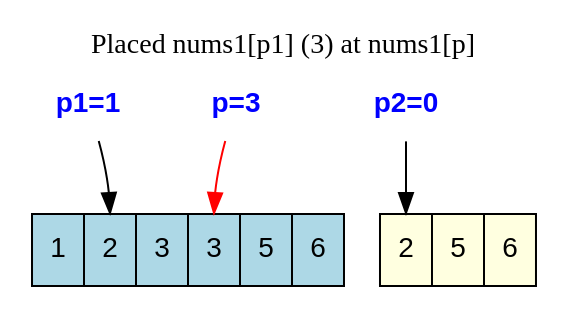
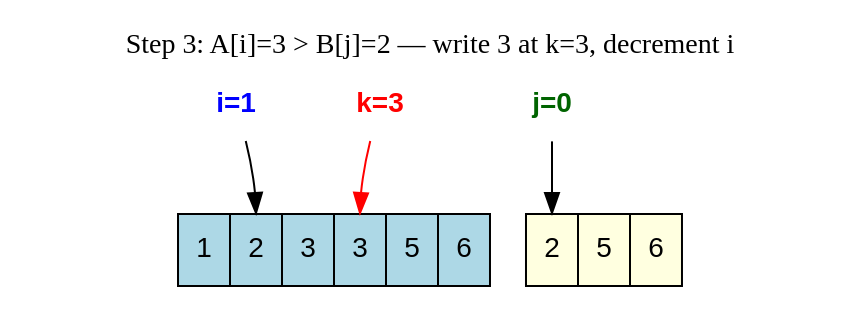
The diagram in 088-merge-sorted-array/dot/step3.dot (jensonp/leetcode), drawn with Graphviz before and after one commit. The commit also changed 23 other files, not shown here.

Commit message:
Full workflow-compliant 088 README: glossary, 3-claim proof, 30-sec interview proof, 11 diagrams, mapping table

```diff
--- a/088-merge-sorted-array/dot/step3.dot
+++ b/088-merge-sorted-array/dot/step3.dot
@@ -1,13 +1,10 @@
 digraph G {
-    rankdir=TB;
-    node [shape=record, fontname="Helvetica", style=filled, fillcolor=white];
+    rankdir=TB; node [shape=record, fontname="Helvetica", style=filled, fillcolor=white];
     nums1 [label="<f0> 1|<f1> 2|<f2> 3|<f3> 3|<f4> 5|<f5> 6", fillcolor=lightblue];
     nums2 [label="<f0> 2|<f1> 5|<f2> 6", fillcolor=lightyellow];
-    node [shape=plaintext, fillcolor=none, fontcolor=blue, fontname="Helvetica-Bold"];
-    p1 [label="p1=1"]; p1 -> nums1:f1;
-p2 [label="p2=0"]; p2 -> nums2:f0;
-p [label="p=3"]; p -> nums1:f3 [color=red, fontcolor=red];
-    labelloc="t";
-    label="Placed nums1[p1] (3) at nums1[p]";
-    fontsize=14;
+    node [shape=plaintext, fillcolor=none, fontname="Helvetica-Bold"];
+    i [label="i=1", fontcolor=blue]; i -> nums1:f1;
+j [label="j=0", fontcolor=darkgreen]; j -> nums2:f0;
+k [label="k=3", fontcolor=red]; k -> nums1:f3 [color=red];
+labelloc="t"; label="Step 3: A[i]=3 > B[j]=2 — write 3 at k=3, decrement i"; fontsize=14;
 }
```
